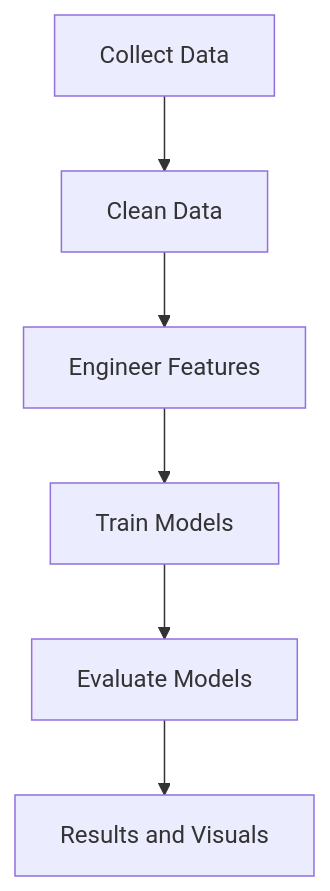
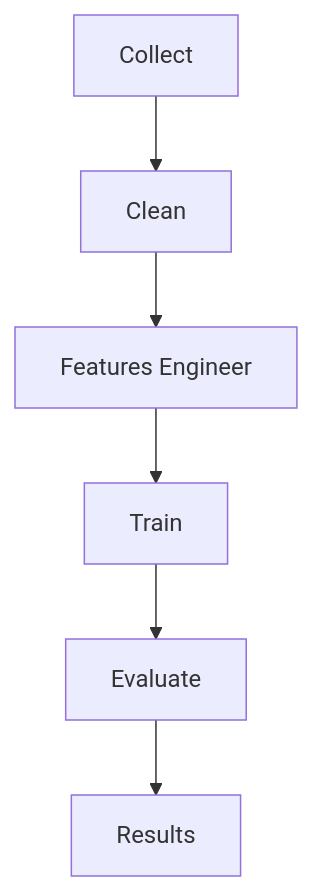
One commit to MarcoZengg/predicting-stock-direction changed the diagram in README.md. Above: the diagram before and after it, drawn with Mermaid.

````diff
--- a/README.md
+++ b/README.md
@@ -105,9 +105,9 @@
 ```mermaid
 flowchart TB
-  data["Collect Data"]
-    --> cleaning["Clean Data"]
-    --> features["Engineer Features"]
-    --> models["Train Models"]
-    --> evaluation["Evaluate Models"]
-    --> results["Results and Visuals"]
+  data["Collect"]
+    --> cleaning["Clean"]
+    --> features["Features Engineer"]
+    --> models["Train"]
+    --> evaluation["Evaluate"]
+    --> results["Results"]
 ```
````
